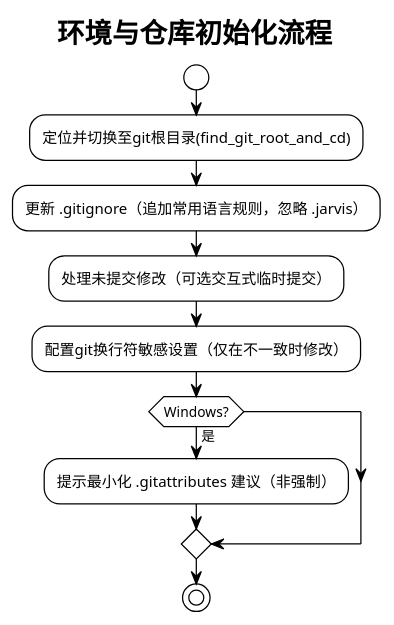
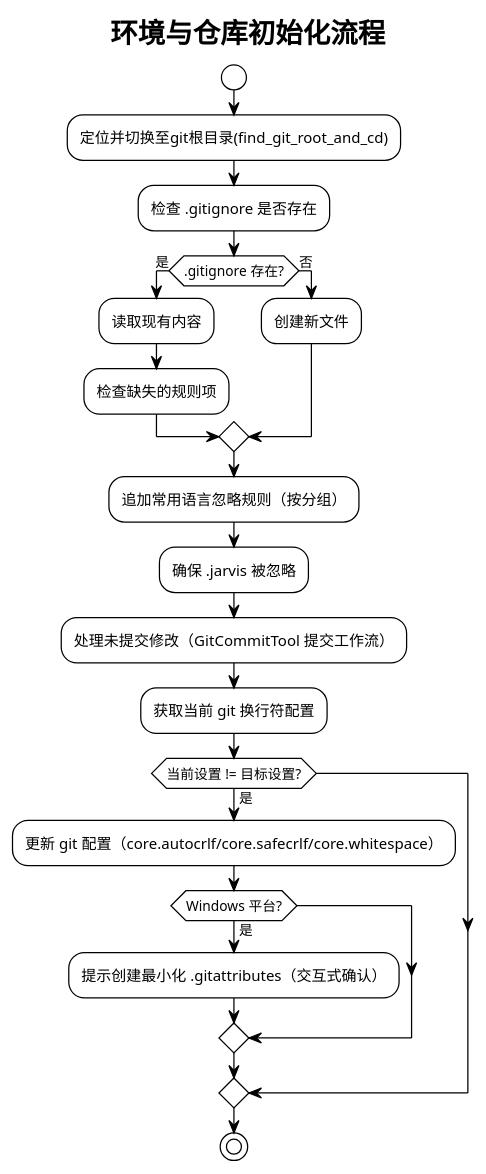
Diagram 25 of 60 in 技术报告.md (skyfireitdiy/Jarvis), drawn with PlantUML before and after one commit. The commit also changed other lines of this file, not shown here.

````diff
--- a/技术报告.md
+++ b/技术报告.md
@@ -1496,16 +1530,27 @@
 ```plantuml
 @startuml
 !theme plain
 title 环境与仓库初始化流程
 
 start
 :定位并切换至git根目录(find_git_root_and_cd);
-:更新 .gitignore（追加常用语言规则，忽略 .jarvis）;
-:处理未提交修改（可选交互式临时提交）;
-:配置git换行符敏感设置（仅在不一致时修改）;
-if (Windows?) then (是)
-  :提示最小化 .gitattributes 建议（非强制）;
+:检查 .gitignore 是否存在;
+if (.gitignore 存在?) then (是)
+  :读取现有内容;
+  :检查缺失的规则项;
+else (否)
+  :创建新文件;
+endif
+:追加常用语言忽略规则（按分组）;
+:确保 .jarvis 被忽略;
+:处理未提交修改（GitCommitTool 提交工作流）;
+:获取当前 git 换行符配置;
+if (当前设置 != 目标设置?) then (是)
+  :更新 git 配置（core.autocrlf/core.safecrlf/core.whitespace）;
+  if (Windows 平台?) then (是)
+    :提示创建最小化 .gitattributes（交互式确认）;
+  endif
 endif
 stop
 @enduml
 ```
````
